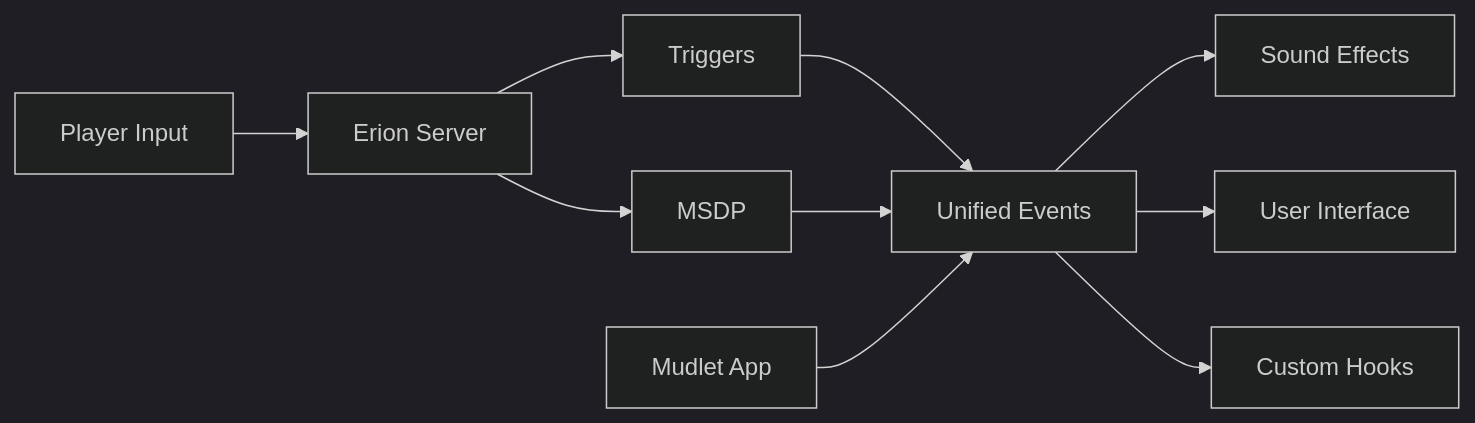
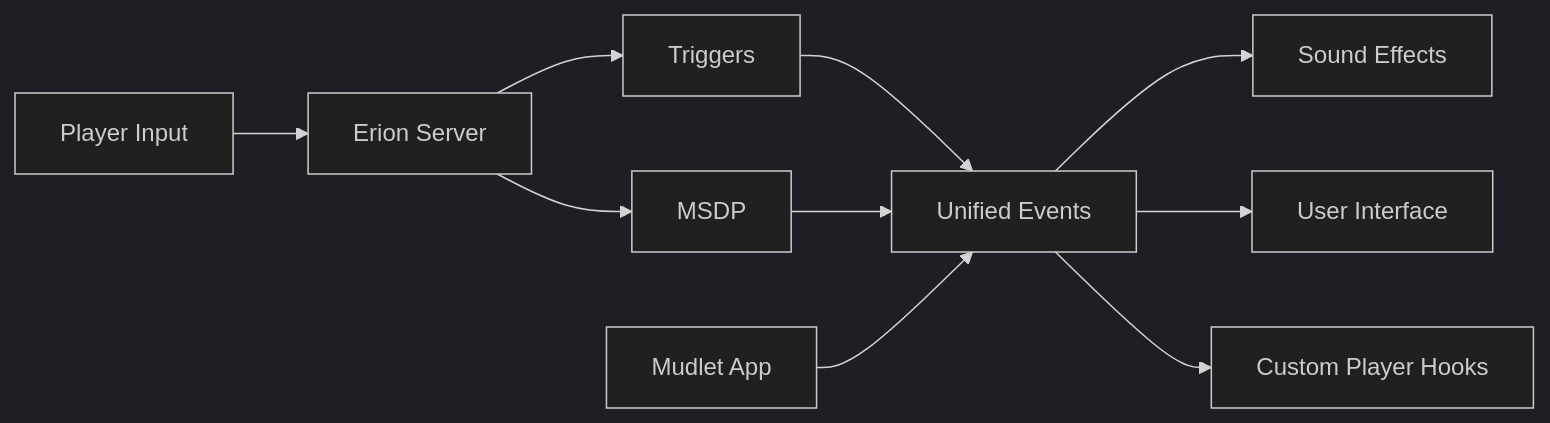
Before and after one commit to jstoks/ErionDeluxe: the diagram in README.md, drawn with Mermaid (dark theme). The commit also changed other lines of this file, not shown here.

Commit message:
README cleanup.

````diff
--- a/README.md
+++ b/README.md
@@ -40,22 +40,22 @@
 ```mermaid
 flowchart LR
   server[Erion Server]
   triggers[Triggers]
   msdp[MSDP]
   sounds[Sound Effects]
   ui[User Interface]
   events[Unified Events]
   player[Player Input]
   mudlet[Mudlet App]
-  custom[Custom Hooks]
+  custom[Custom Player Hooks]
 
   server-->triggers
   server-->msdp
   triggers-->events
   msdp-->events
   events-->sounds
   events-->ui
   events-->custom
   player-->server
   mudlet-->events
 ```
````
